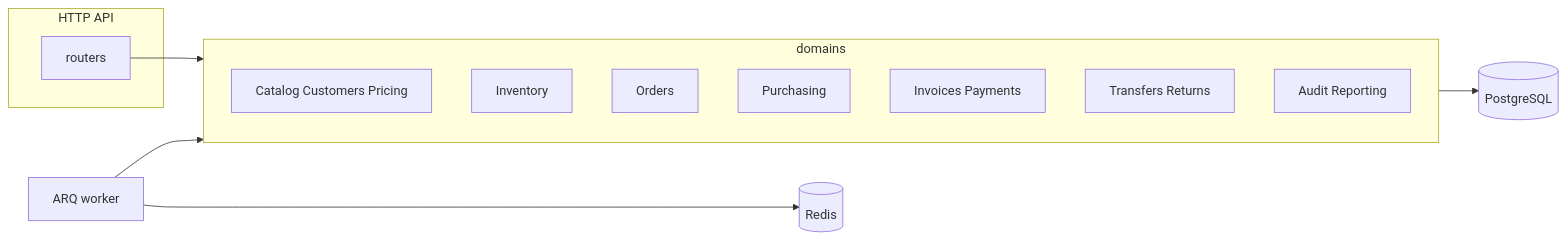
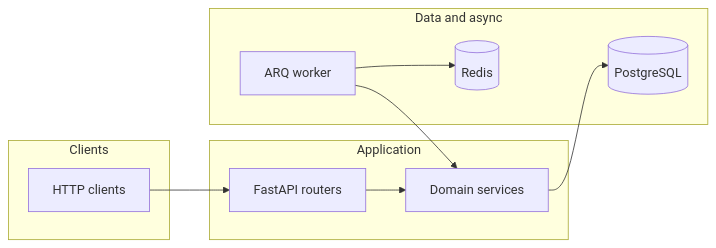
Before and after one commit to MrGrose/ERP-OMS-WWS: the second of 2 diagrams in README.md, drawn with Mermaid. The commit also changed other lines of this file and 51 other files, not shown here.

````diff
--- a/README.md
+++ b/README.md
@@ -38,20 +132,20 @@
 ```mermaid
 flowchart LR
-  subgraph api [HTTP API]
-    R[routers]
-  end
-  subgraph domains [domains]
-    C[Catalog Customers Pricing]
-    I[Inventory]
-    O[Orders]
-    P[Purchasing]
-    IV[Invoices Payments]
-    T[Transfers Returns]
-    A[Audit Reporting]
-  end
-  DB[(PostgreSQL)]
-  R --> domains
-  domains --> DB
-  Jobs[ARQ worker] --> domains
-  Jobs --> Redis[(Redis)]
+    subgraph clients [Clients]
+        HTTP[HTTP clients]
+    end
+    subgraph app [Application]
+        API[FastAPI routers]
+        DOM[Domain services]
+        API --> DOM
+    end
+    subgraph data [Data and async]
+        PG[(PostgreSQL)]
+        REDIS[(Redis)]
+        ARQ[ARQ worker]
+    end
+    HTTP --> API
+    DOM --> PG
+    ARQ --> DOM
+    ARQ --> REDIS
 ```
````
